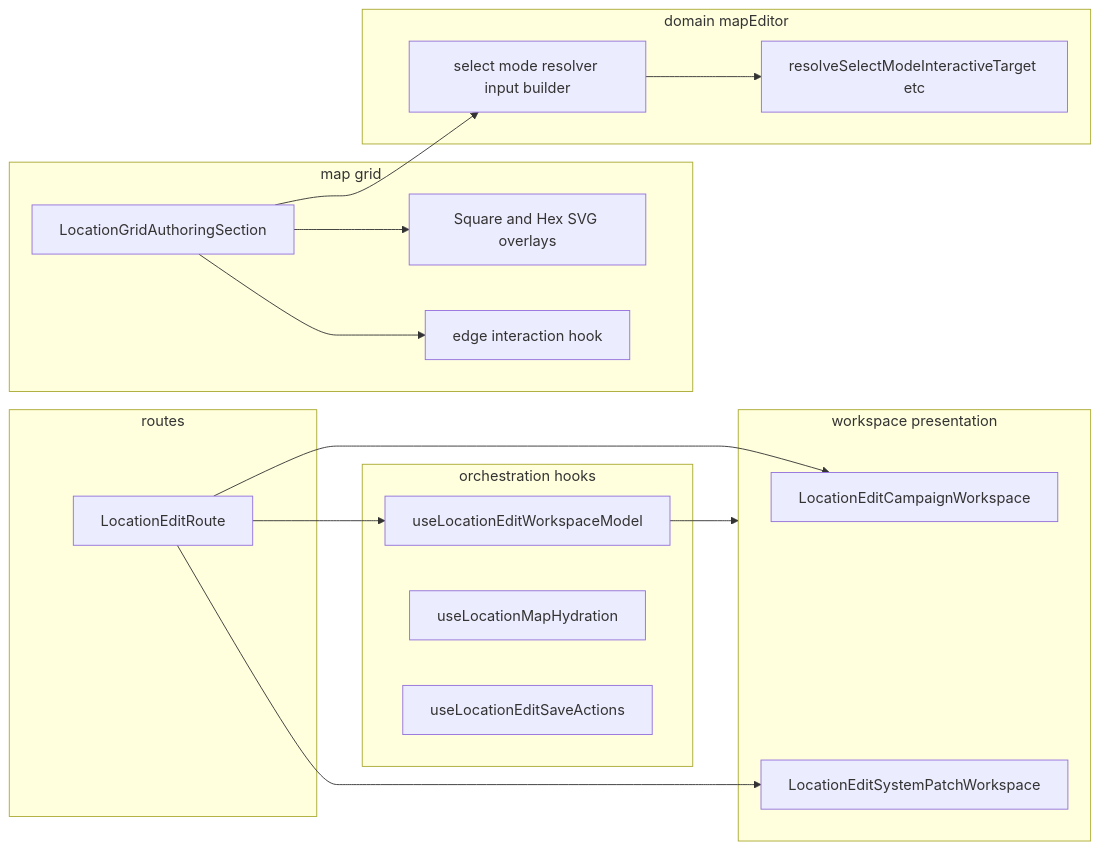
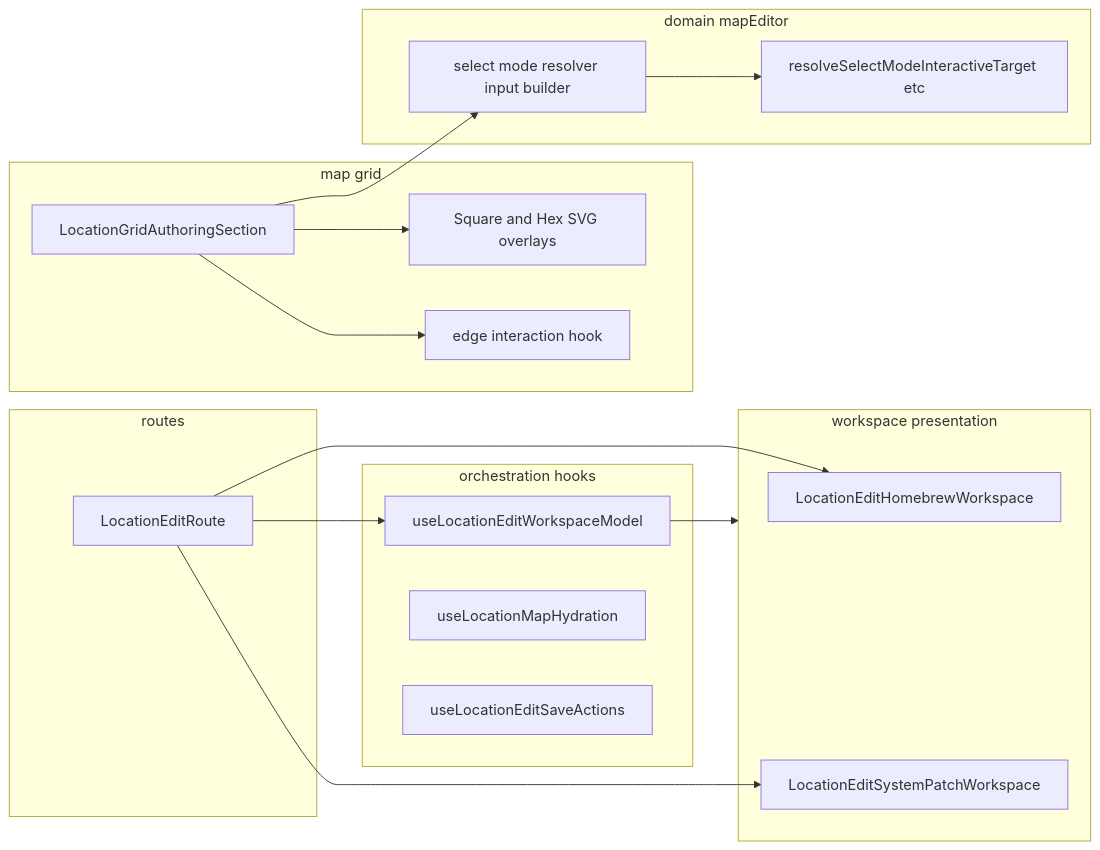
Before and after one commit to jeremyphillips/rpg-world-builder: the diagram in .cursor/plans/location_refactor_review_plan_e4a1118c.plan.md, drawn with Mermaid. The commit also changed other lines of this file and 11 other files, not shown here.

````diff
--- a/.cursor/plans/location_refactor_review_plan_e4a1118c.plan.md
+++ b/.cursor/plans/location_refactor_review_plan_e4a1118c.plan.md
@@ -222,32 +222,32 @@
 ```mermaid
 flowchart LR
   subgraph routeLayer [routes]
     LocationEditRoute
   end
   subgraph modelHook [orchestration hooks]
     useLocationEditWorkspaceModel
     useLocationMapHydration
     useLocationEditSaveActions
   end
   subgraph shells [workspace presentation]
-    LocationEditCampaignWorkspace
+    LocationEditHomebrewWorkspace
     LocationEditSystemPatchWorkspace
   end
   subgraph grid [map grid]
     LocationGridAuthoringSection
     SquareHexOverlays[Square and Hex SVG overlays]
     EdgeHook[edge interaction hook]
   end
   subgraph domain [domain mapEditor]
     ResolverInput[select mode resolver input builder]
     Resolvers[resolveSelectModeInteractiveTarget etc]
   end
   LocationEditRoute --> useLocationEditWorkspaceModel
-  LocationEditRoute --> LocationEditCampaignWorkspace
+  LocationEditRoute --> LocationEditHomebrewWorkspace
   LocationEditRoute --> LocationEditSystemPatchWorkspace
   useLocationEditWorkspaceModel --> shells
   LocationGridAuthoringSection --> SquareHexOverlays
   LocationGridAuthoringSection --> EdgeHook
   LocationGridAuthoringSection --> ResolverInput
   ResolverInput --> Resolvers
 ```
````
